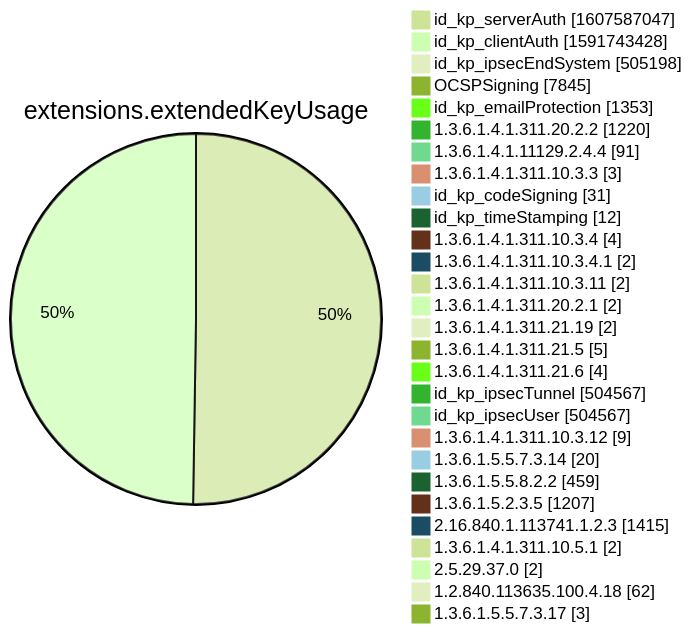
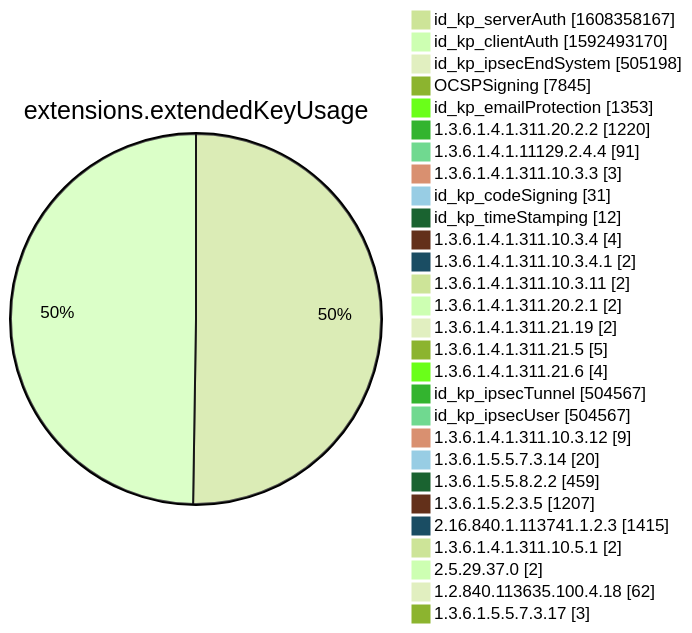
Diagram 12 of 15 in xenon2022/README.md (christiankrug/ctmonitor_visualization), drawn with Mermaid (forest theme) before and after one commit. The commit also changed other lines of this file, not shown here.

````diff
--- a/xenon2022/README.md
+++ b/xenon2022/README.md
@@ -3885,32 +3885,32 @@
 ```mermaid
 pie showData
 title extensions.extendedKeyUsage
-"id_kp_serverAuth" :1607587047
-"id_kp_clientAuth" :1591743428
+"id_kp_serverAuth" :1608358167
+"id_kp_clientAuth" :1592493170
 "id_kp_ipsecEndSystem" :505198
 "OCSPSigning" :7845
 "id_kp_emailProtection" :1353
 "1.3.6.1.4.1.311.20.2.2" :1220
 "1.3.6.1.4.1.11129.2.4.4" :91
 "1.3.6.1.4.1.311.10.3.3" :3
 "id_kp_codeSigning" :31
 "id_kp_timeStamping" :12
 "1.3.6.1.4.1.311.10.3.4" :4
 "1.3.6.1.4.1.311.10.3.4.1" :2
 "1.3.6.1.4.1.311.10.3.11" :2
 "1.3.6.1.4.1.311.20.2.1" :2
 "1.3.6.1.4.1.311.21.19" :2
 "1.3.6.1.4.1.311.21.5" :5
 "1.3.6.1.4.1.311.21.6" :4
 "id_kp_ipsecTunnel" :504567
 "id_kp_ipsecUser" :504567
 "1.3.6.1.4.1.311.10.3.12" :9
 "1.3.6.1.5.5.7.3.14" :20
 "1.3.6.1.5.5.8.2.2" :459
 "1.3.6.1.5.2.3.5" :1207
 "2.16.840.1.113741.1.2.3" :1415
 "1.3.6.1.4.1.311.10.5.1" :2
 "2.5.29.37.0" :2
 "1.2.840.113635.100.4.18" :62
 "1.3.6.1.5.5.7.3.17" :3
 ```
````
